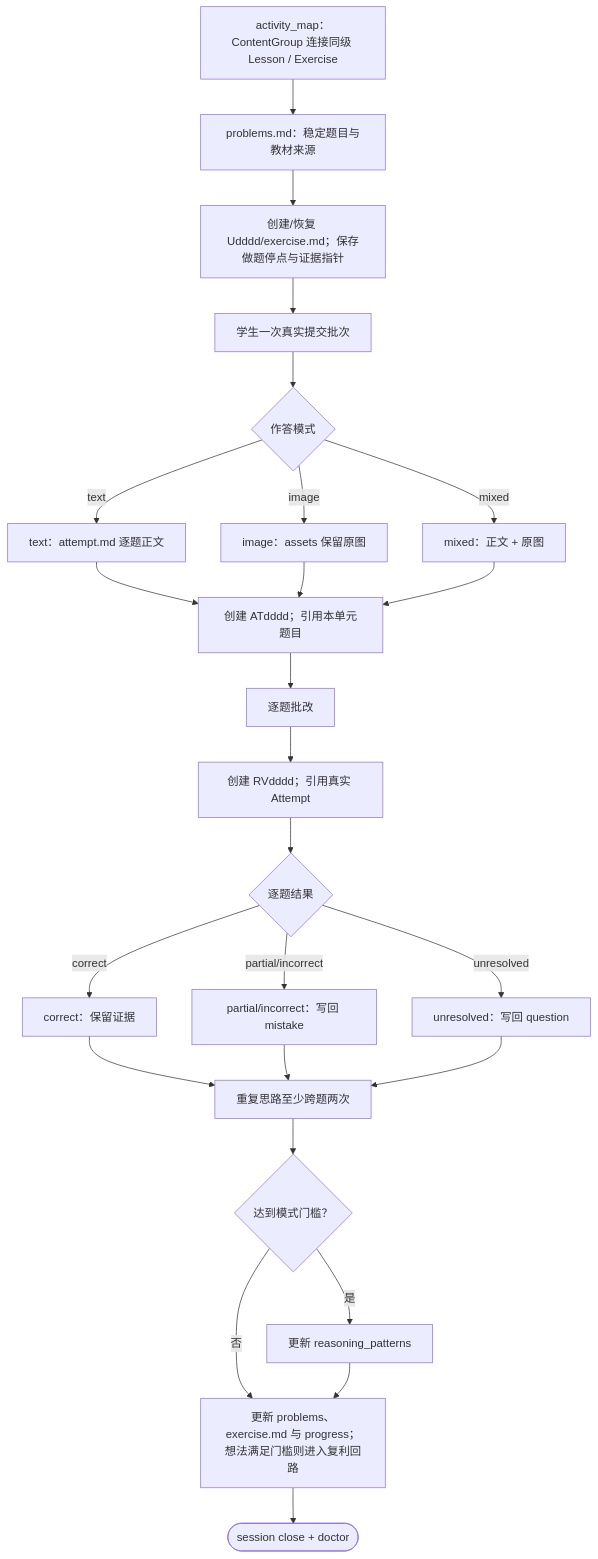
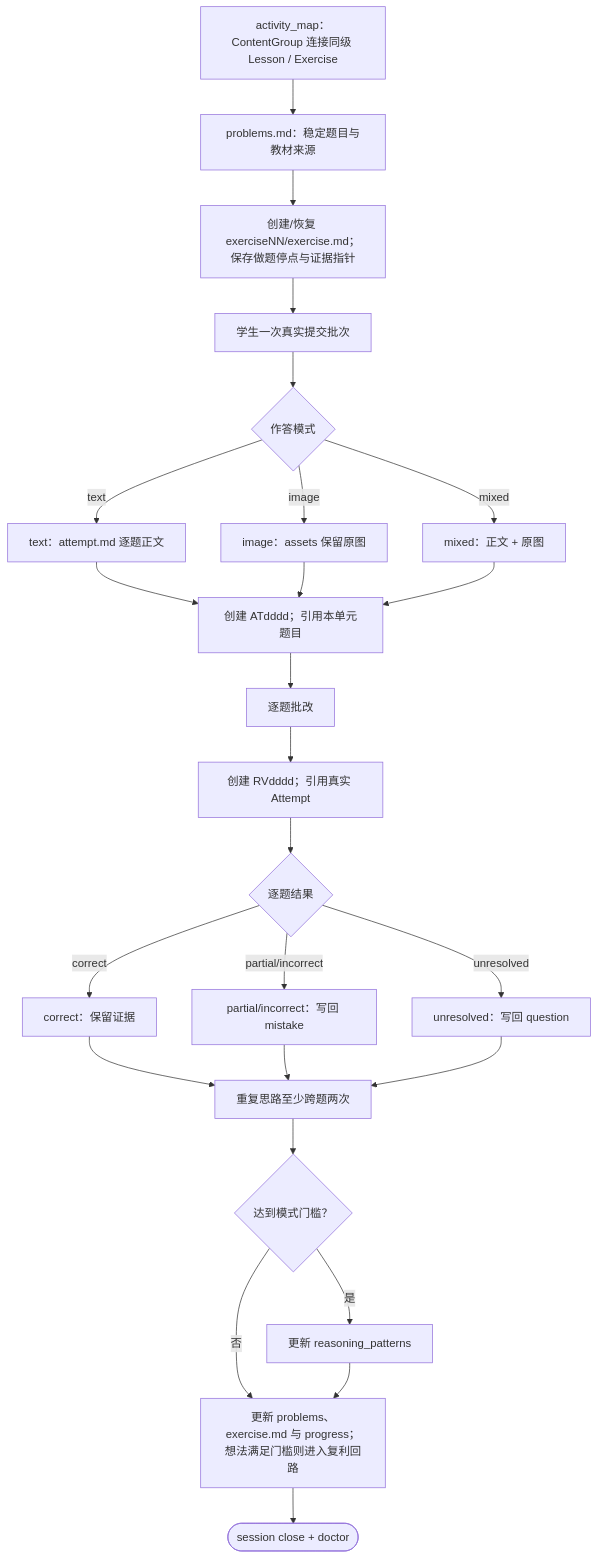
The sixth of 6 diagrams in main/50_playbook/t2ag_flow.md (lungstrahv/T2AG), drawn with Mermaid before and after one commit. The commit also changed other lines of this file and 64 other files, not shown here.

````diff
--- a/main/50_playbook/t2ag_flow.md
+++ b/main/50_playbook/t2ag_flow.md
@@ -310,47 +311,47 @@
 ```mermaid
 flowchart TD
 Z["activity_map：ContentGroup 连接同级 Lesson / Exercise"]
 A["problems.md：稳定题目与教材来源"]
-T["创建/恢复 Udddd/exercise.md；保存做题停点与证据指针"]
+T["创建/恢复 exerciseNN/exercise.md；保存做题停点与证据指针"]
 B["学生一次真实提交批次"]
 C{"作答模式"}
 D["text：attempt.md 逐题正文"]
 E["image：assets 保留原图"]
 F["mixed：正文 + 原图"]
 G["创建 ATdddd；引用本单元题目"]
 H["逐题批改"]
 I["创建 RVdddd；引用真实 Attempt"]
 J{"逐题结果"}
 K["correct：保留证据"]
 L["partial/incorrect：写回 mistake"]
 M["unresolved：写回 question"]
 N["重复思路至少跨题两次"]
 O{"达到模式门槛？"}
 P["更新 reasoning_patterns"]
 Q["更新 problems、exercise.md 与 progress；想法满足门槛则进入复利回路"]
 R(["session close + doctor"])
 Z --> A
 A --> T
 T --> B
 B --> C
 C -- "text" --> D
 C -- "image" --> E
 C -- "mixed" --> F
 D --> G
 E --> G
 F --> G
 G --> H
 H --> I
 I --> J
 J -- "correct" --> K
 J -- "partial/incorrect" --> L
 J -- "unresolved" --> M
 K --> N
 L --> N
 M --> N
 N --> O
 O -- "是" --> P
 O -- "否" --> Q
 P --> Q
 Q --> R
 ```
````
